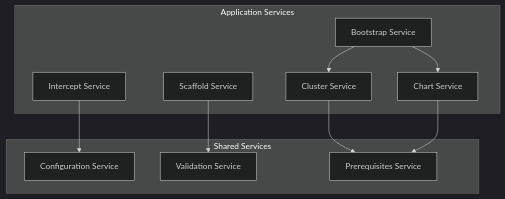
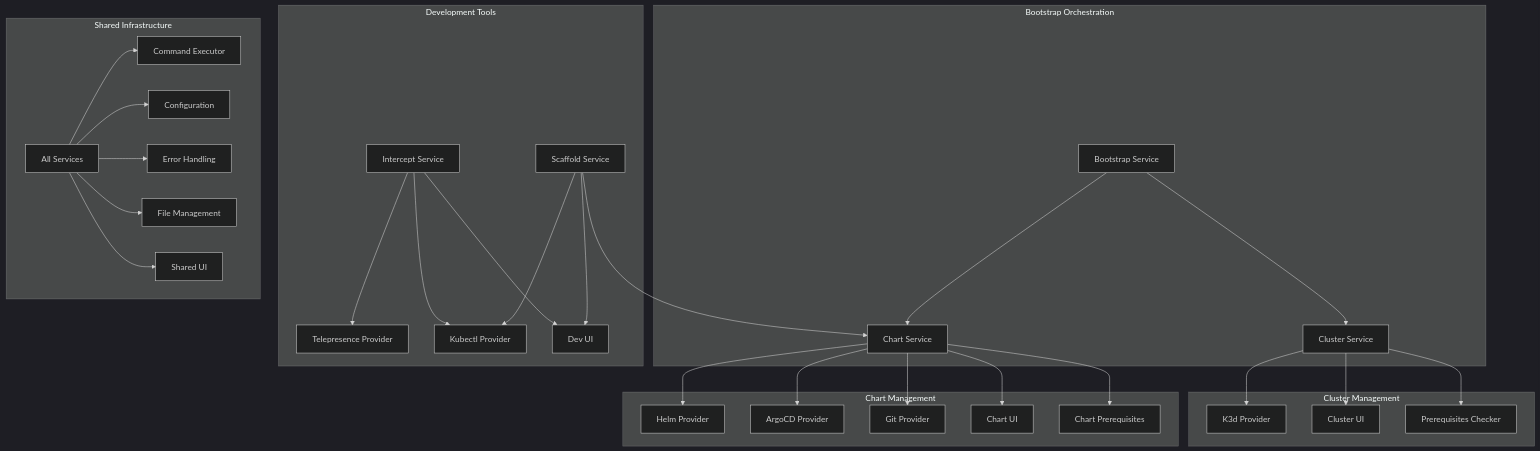
Before and after one commit to flamingo-stack/openframe-cli: the second of 8 diagrams in docs/development/architecture/overview.md, drawn with Mermaid (dark theme). The commit also changed other lines of this file and 51 other files, not shown here.

````diff
--- a/docs/development/architecture/overview.md
+++ b/docs/development/architecture/overview.md
@@ -123,23 +150,39 @@
 ```mermaid
 graph TB
-    subgraph "Application Services"
-        BootstrapSvc[Bootstrap Service]
-        ClusterSvc[Cluster Service]
-        ChartSvc[Chart Service]
-        InterceptSvc[Intercept Service]
-        ScaffoldSvc[Scaffold Service]
+    subgraph "Bootstrap Orchestration"
+        BS[Bootstrap Service]
+        BS --> CS[Cluster Service]
+        BS --> CHS[Chart Service]
     end
     
-    subgraph "Shared Services"
-        Config[Configuration Service]
-        Validation[Validation Service]
-        Prerequisites[Prerequisites Service]
+    subgraph "Cluster Management"
+        CS --> K3D[K3d Provider]
+        CS --> CUI[Cluster UI]
+        CS --> CPREREQ[Prerequisites Checker]
     end
     
-    BootstrapSvc --> ClusterSvc
-    BootstrapSvc --> ChartSvc
-    ClusterSvc --> Prerequisites
-    ChartSvc --> Prerequisites
-    InterceptSvc --> Config
-    ScaffoldSvc --> Validation
+    subgraph "Chart Management"  
+        CHS --> HELM[Helm Provider]
+        CHS --> ARGOCD[ArgoCD Provider]
+        CHS --> GIT[Git Provider]
+        CHS --> CHUI[Chart UI]
+        CHS --> CHPREREQ[Chart Prerequisites]
+    end
+    
+    subgraph "Development Tools"
+        IS[Intercept Service] --> TP[Telepresence Provider]
+        IS --> KUBECTL[Kubectl Provider] 
+        SS[Scaffold Service] --> KUBECTL
+        SS --> CHS
+        IS --> DUI[Dev UI]
+        SS --> DUI
+    end
+    
+    subgraph "Shared Infrastructure"
+        ALL[All Services] --> EXEC[Command Executor]
+        ALL --> CONFIG[Configuration]
+        ALL --> ERRORS[Error Handling]
+        ALL --> FILES[File Management]
+        ALL --> UI_SHARED[Shared UI]
+    end
 ```
````
